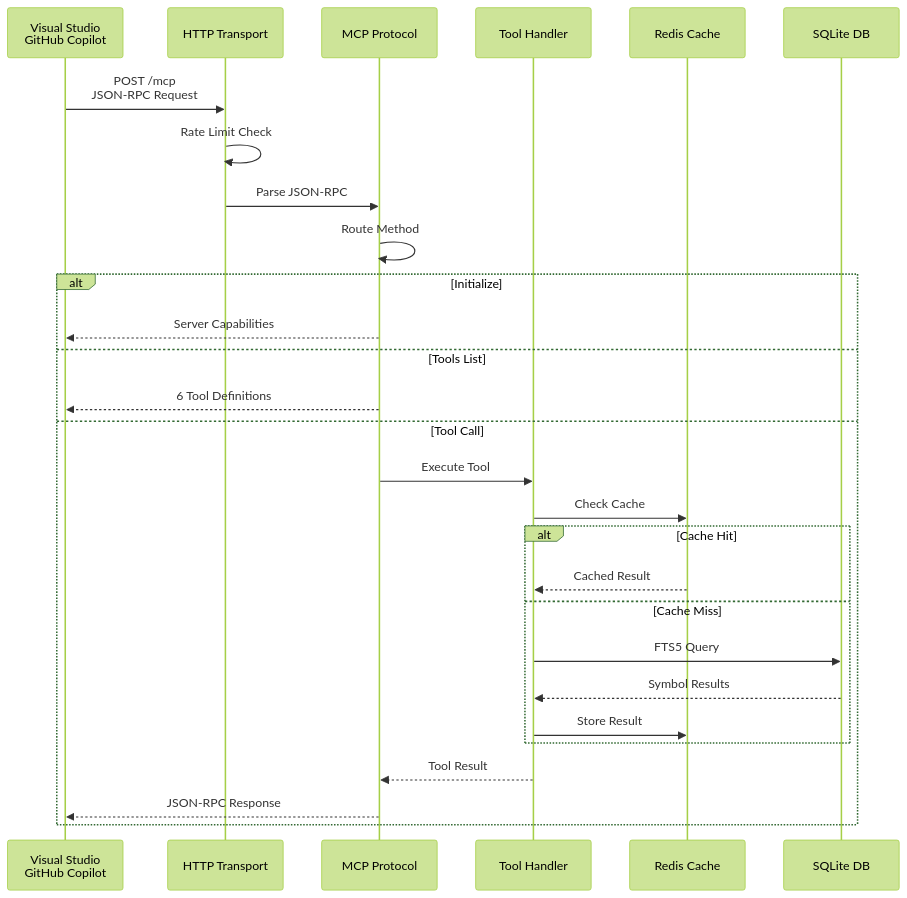
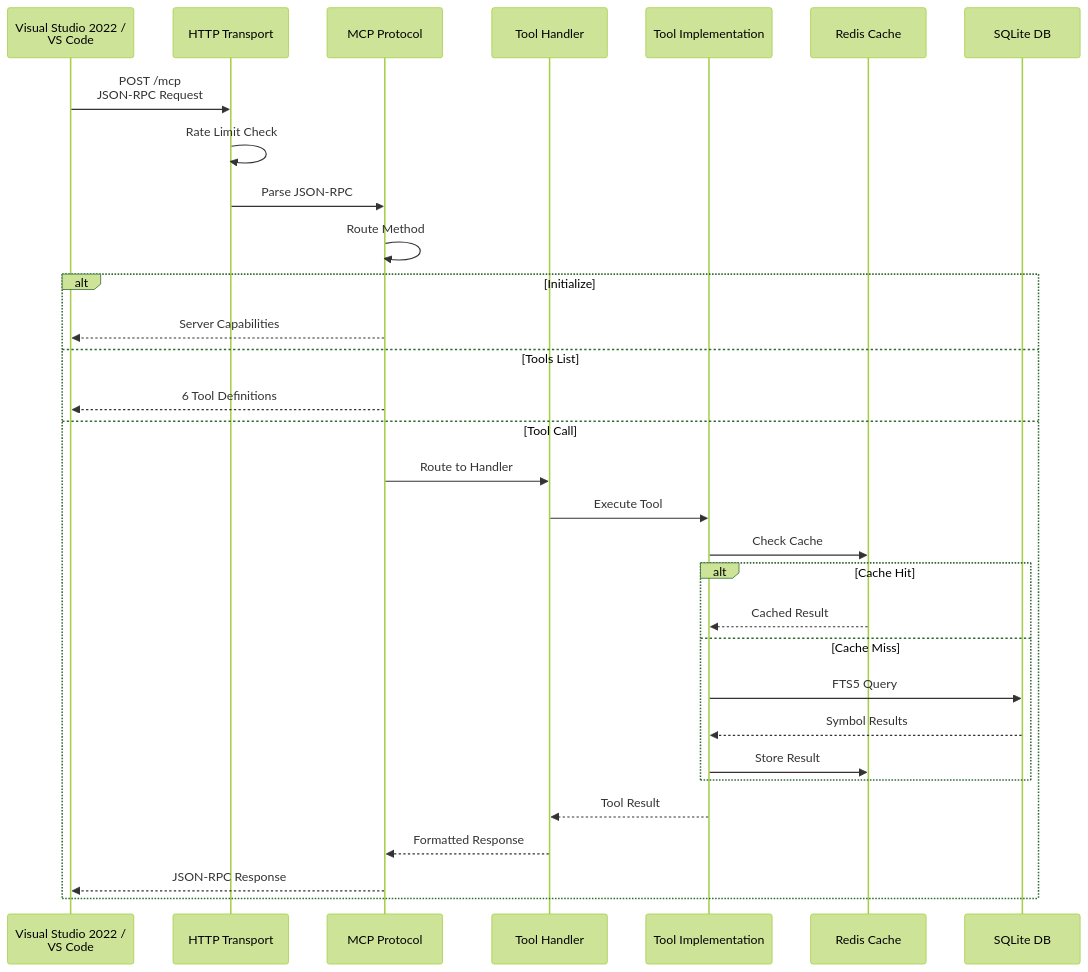
One commit to dynamics365ninja/d365fo-mcp-server changed the second of 16 diagrams in docs/ARCHITECTURE.md. Above: the diagram before and after it, drawn with Mermaid (forest theme). The commit also changed other lines of this file and 11 other files, not shown here.

````diff
--- a/docs/ARCHITECTURE.md
+++ b/docs/ARCHITECTURE.md
@@ -61,32 +64,35 @@
 ```mermaid
 sequenceDiagram
-    participant VS as Visual Studio<br/>GitHub Copilot
+    participant IDE as Visual Studio 2022 /<br/>VS Code
     participant HTTP as HTTP Transport
     participant MCP as MCP Protocol
-    participant Tool as Tool Handler
+    participant Handler as Tool Handler
+    participant Tool as Tool Implementation
     participant Cache as Redis Cache
     participant DB as SQLite DB
 
-    VS->>HTTP: POST /mcp<br/>JSON-RPC Request
+    IDE->>HTTP: POST /mcp<br/>JSON-RPC Request
     HTTP->>HTTP: Rate Limit Check
     HTTP->>MCP: Parse JSON-RPC
     MCP->>MCP: Route Method
     
     alt Initialize
-        MCP-->>VS: Server Capabilities
+        MCP-->>IDE: Server Capabilities
     else Tools List
-        MCP-->>VS: 6 Tool Definitions
+        MCP-->>IDE: 6 Tool Definitions
     else Tool Call
-        MCP->>Tool: Execute Tool
+        MCP->>Handler: Route to Handler
+        Handler->>Tool: Execute Tool
         Tool->>Cache: Check Cache
         alt Cache Hit
             Cache-->>Tool: Cached Result
         else Cache Miss
             Tool->>DB: FTS5 Query
             DB-->>Tool: Symbol Results
             Tool->>Cache: Store Result
         end
-        Tool-->>MCP: Tool Result
-        MCP-->>VS: JSON-RPC Response
+        Tool-->>Handler: Tool Result
+        Handler-->>MCP: Formatted Response
+        MCP-->>IDE: JSON-RPC Response
     end
 ```
````
